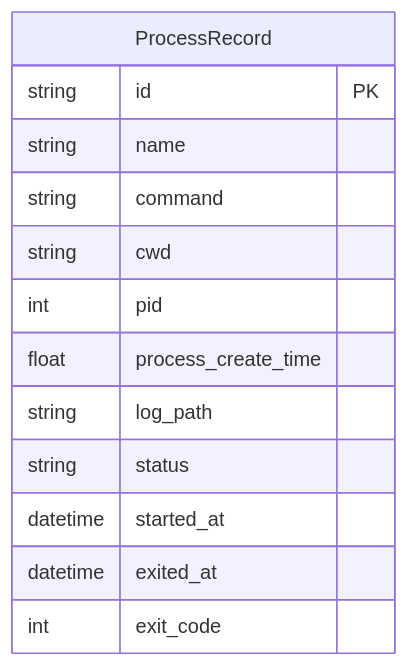
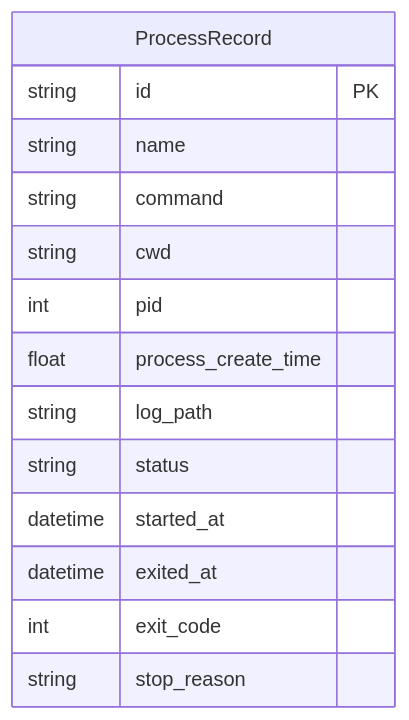
One commit to asermax/tachikoma changed the second of 3 diagrams in docs/feature-designs/detached-processes/process-supervision.md. Above: the diagram before and after it, drawn with Mermaid. The commit also changed other lines of this file and 2 other files, not shown here.

First line of the commit message:
docs(processes): update supervision spec and design with stop_reason

````diff
--- a/docs/feature-designs/detached-processes/process-supervision.md
+++ b/docs/feature-designs/detached-processes/process-supervision.md
@@ -152,16 +153,17 @@
 ```mermaid
 erDiagram
     ProcessRecord {
         string id PK
         string name
         string command
         string cwd
         int pid
         float process_create_time
         string log_path
         string status
         datetime started_at
         datetime exited_at
         int exit_code
+        string stop_reason
     }
 ```
````
